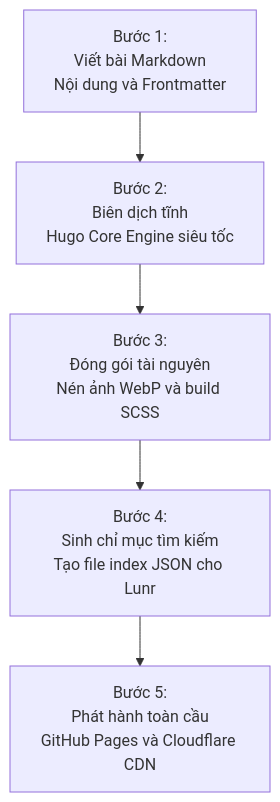
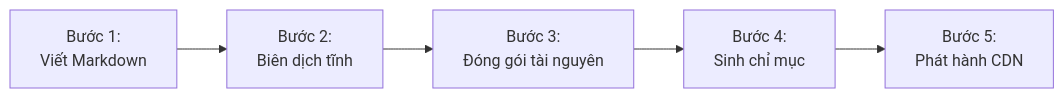
One commit to nguyengoctin/my_website changed the first of 2 diagrams in content/posts/personal-hugo-technical-blog.md. Above: the diagram before and after it, drawn with Mermaid. The commit also changed 32 other files, not shown here.

````diff
--- a/content/posts/personal-hugo-technical-blog.md
+++ b/content/posts/personal-hugo-technical-blog.md
@@ -36,12 +36,7 @@
 ```mermaid
-flowchart TD
-    MDWrite["Bước 1:<br/>Viết bài Markdown<br/>Nội dung và Frontmatter"]
-    HugoBuild["Bước 2:<br/>Biên dịch tĩnh<br/>Hugo Core Engine siêu tốc"]
-    AssetProc["Bước 3:<br/>Đóng gói tài nguyên<br/>Nén ảnh WebP và build SCSS"]
-    IndexGen["Bước 4:<br/>Sinh chỉ mục tìm kiếm<br/>Tạo file index JSON cho Lunr"]
-    CDNDeploy["Bước 5:<br/>Phát hành toàn cầu<br/>GitHub Pages và Cloudflare CDN"]
-    MDWrite --> HugoBuild
-    HugoBuild --> AssetProc
-    AssetProc --> IndexGen
-    IndexGen --> CDNDeploy
+flowchart LR
+    MDWrite["Bước 1:<br/>Viết Markdown"] --> HugoBuild["Bước 2:<br/>Biên dịch tĩnh"]
+    HugoBuild --> AssetProc["Bước 3:<br/>Đóng gói tài nguyên"]
+    AssetProc --> IndexGen["Bước 4:<br/>Sinh chỉ mục"]
+    IndexGen --> CDNDeploy["Bước 5:<br/>Phát hành CDN"]
 ```
````
